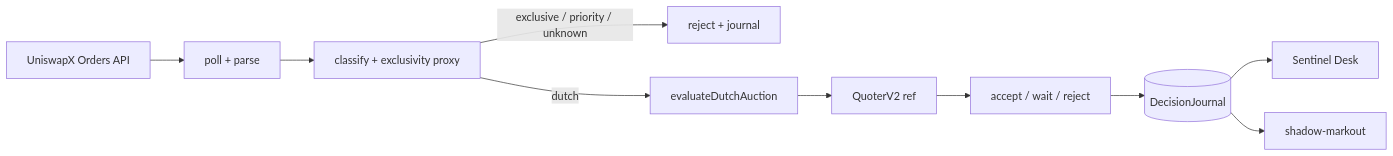
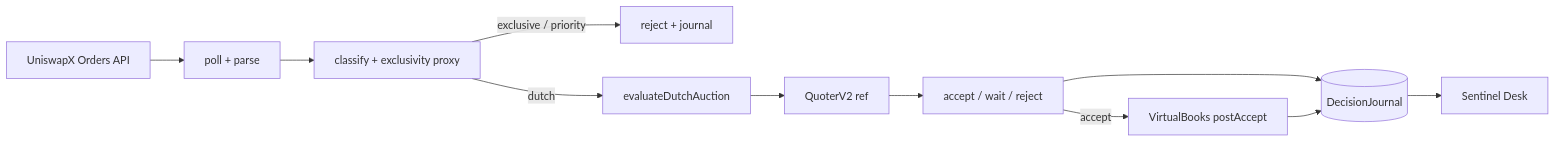
Before and after one commit to RedRobotKK/CavalRe-Sentinel-Base: the diagram in README.md, drawn with Mermaid. The commit also changed other lines of this file and 1 other file, not shown here.

Commit message:
chore: export VirtualBooks + README Phase B status

````diff
--- a/README.md
+++ b/README.md
@@ -150,12 +139,13 @@
 ```mermaid
 flowchart LR
   API[UniswapX Orders API] --> POLL[poll + parse]
   POLL --> CLS[classify + exclusivity proxy]
-  CLS -->|exclusive / priority / unknown| REJ[reject + journal]
+  CLS -->|exclusive / priority| REJ[reject + journal]
   CLS -->|dutch| AUC[evaluateDutchAuction]
   AUC --> Q[QuoterV2 ref]
   Q --> POL[accept / wait / reject]
+  POL -->|accept| VB[VirtualBooks postAccept]
   POL --> J[(DecisionJournal)]
+  VB --> J
   J --> DESK[Sentinel Desk]
-  J --> SHADOW[shadow-markout]
 ```
````
